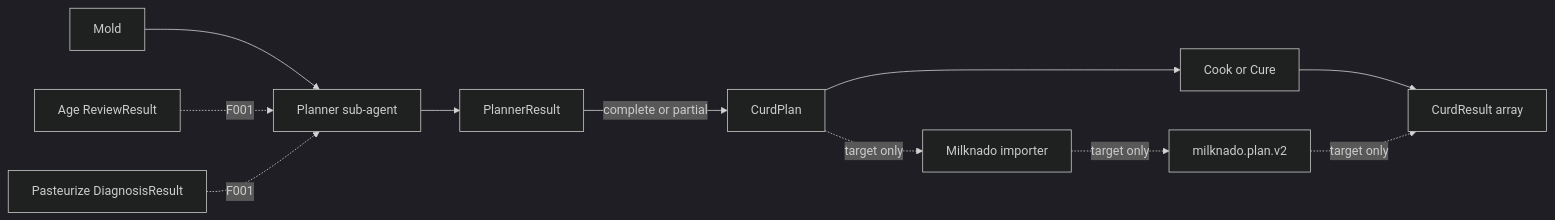
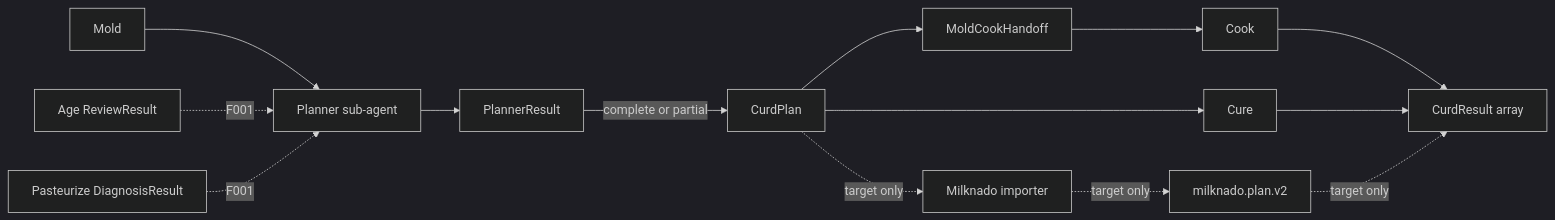
One commit to paulnsorensen/easy-cheese changed the diagram in .hallouminate/wiki/architecture/workflow-contract-map.md. Above: the diagram before and after it, drawn with Mermaid (dark theme). The commit also changed other lines of this file and 59 other files, not shown here.

````diff
--- a/.hallouminate/wiki/architecture/workflow-contract-map.md
+++ b/.hallouminate/wiki/architecture/workflow-contract-map.md
@@ -80,13 +80,16 @@
 ```mermaid
 flowchart LR
   M[Mold] --> P[Planner sub-agent]
   A[Age ReviewResult] -. F001 .-> P
   D[Pasteurize DiagnosisResult] -. F001 .-> P
   P --> R[PlannerResult]
   R -->|complete or partial| C[CurdPlan]
-  C --> K[Cook or Cure]
+  C --> H[MoldCookHandoff]
+  H --> K[Cook]
+  C --> U[Cure]
   C -. target only .-> I[Milknado importer]
   K --> O[CurdResult array]
+  U --> O
   I -. target only .-> B[milknado.plan.v2]
   B -. target only .-> O
 ```
````
